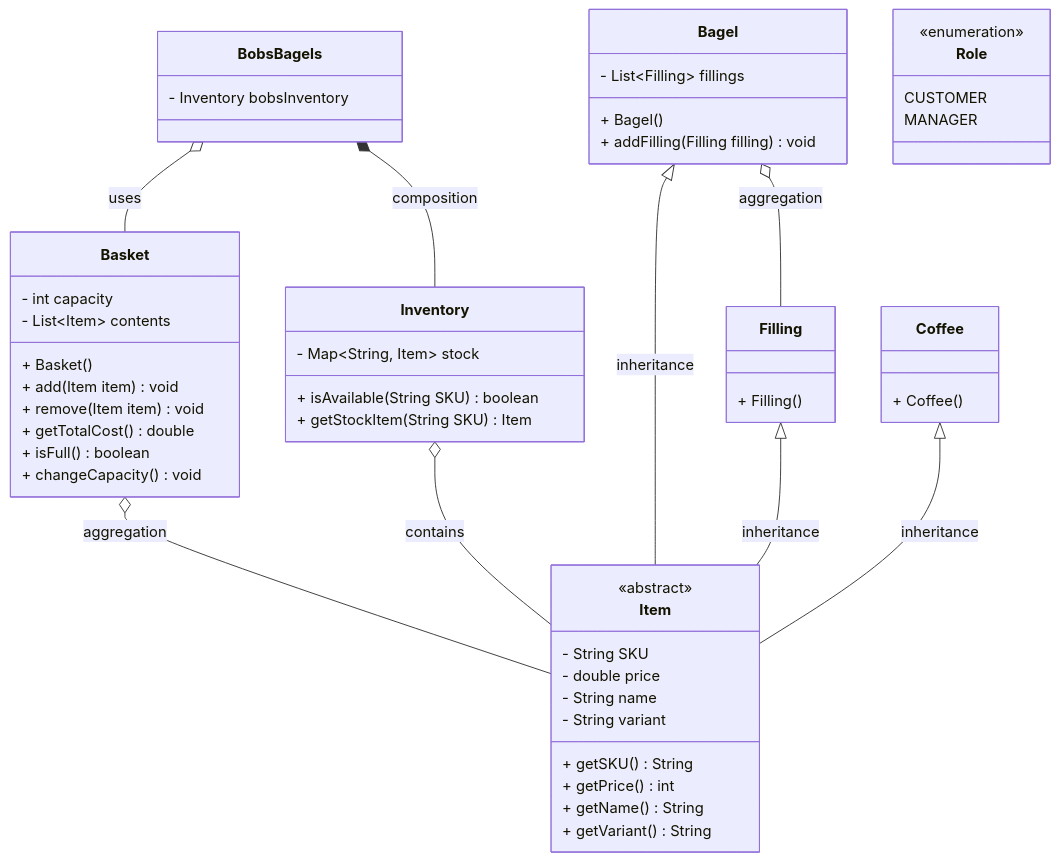
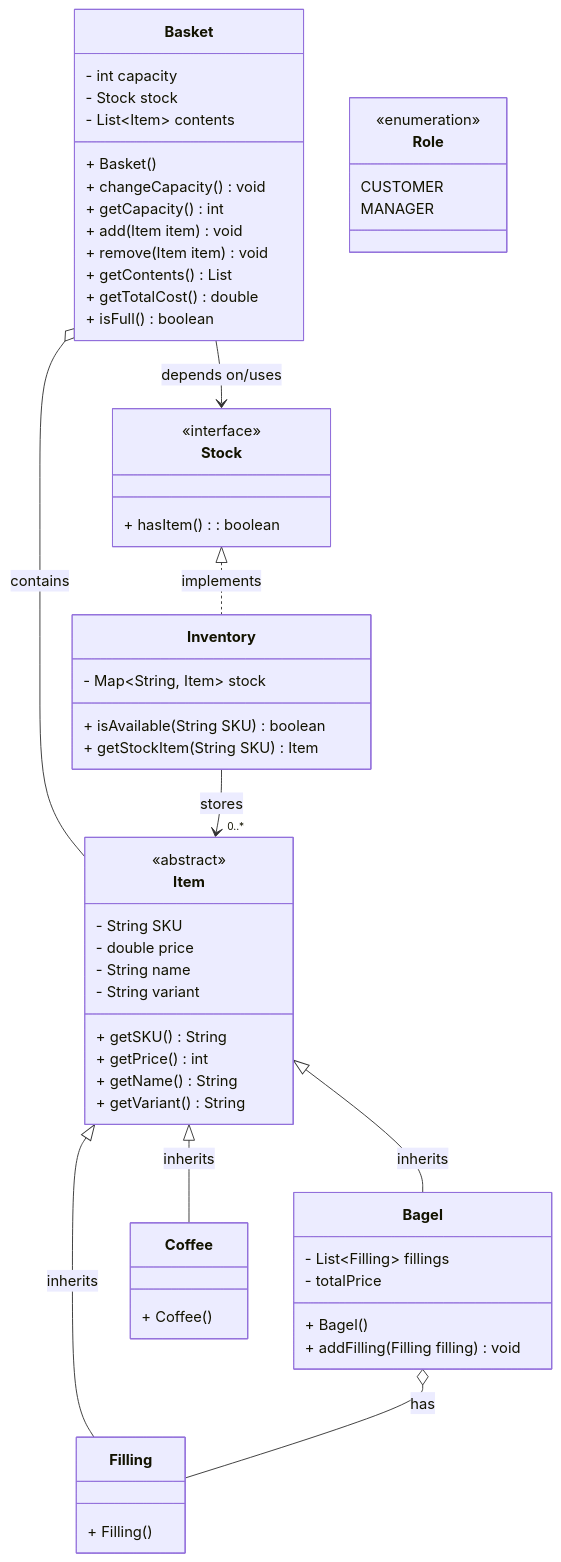
The diagram in Bob's Bagels.md (emmouto/java-tdd-oop-bobs-bagels), drawn with Mermaid before and after one commit. The commit also changed 2 other files, not shown here.

Commit message:
Fixed class diagram

````diff
--- a/Bob's Bagels.md
+++ b/Bob's Bagels.md
@@ -32,65 +32,71 @@
 ```mermaid
 classDiagram
 
-class BobsBagels {
-	- Inventory bobsInventory
-}
-
 class Basket {
 	- int capacity
+	- Stock stock
 	- List~Item~ contents
 	+ Basket()
+	+ changeCapacity() void
+	+ getCapacity() int
 	+ add(Item item) void
 	+ remove (Item item) void
+	+ getContents() List<Item>
 	+ getTotalCost() double
 	+ isFull() boolean
-	+ changeCapacity() void
 }
 
 class Item  {
 	<<abstract>>
 	- String SKU
 	- double price
 	- String name
 	- String variant
 	+ getSKU() String
 	+ getPrice() int
 	+ getName() String
 	+ getVariant() String
 }
 
 class Bagel {
 	- List~Filling~ fillings
+	- totalPrice
 	+ Bagel()
 	+ addFilling(Filling filling) void
 }
 
 class Filling {
 	+ Filling()
 }
 
 class Coffee {
 	+ Coffee()
+}
+
+class Stock {
+	<<interface>>
+	+ hasItem() : boolean
 }
 
 class Inventory {
 	- Map~String, Item~ stock
 	+ isAvailable(String SKU) boolean
 	+ getStockItem(String SKU) Item
 }
 
 class Role {
 	<<enumeration>>
 	CUSTOMER
 	MANAGER
 }
 
-BobsBagels *-- Inventory : composition
-BobsBagels o-- Basket : uses
-Basket o-- Item : aggregation
-Bagel o-- Filling : aggregation
-Inventory o-- Item : contains
-Bagel <|-- Item : inheritance
-Filling <|-- Item : inheritance
-Coffee <|-- Item : inheritance
+Stock <|.. Inventory : implements
+Basket --> Stock : depends on/uses
+Basket o-- Item : contains
+Inventory --> "0..*" Item : stores
+
+Item <|-- Bagel : inherits
+Item <|-- Filling : inherits
+Item <|-- Coffee : inherits
+Bagel o-- Filling : has
 ```
````
